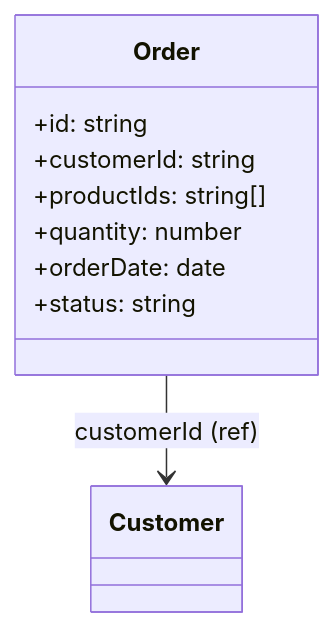
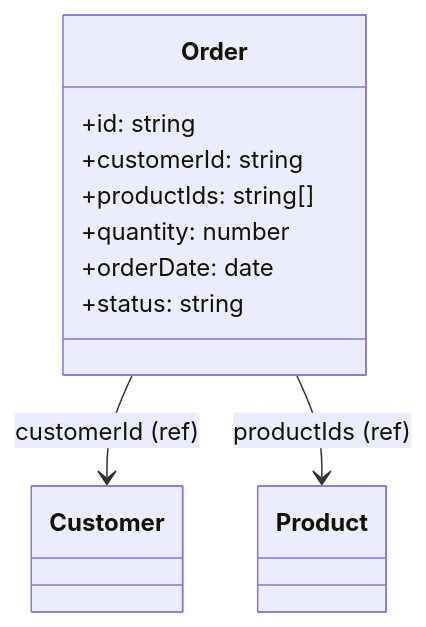
Diagram 15 of 16 in examples/mermaid-examples.md (kothar/zod-mermaid), drawn with Mermaid before and after one commit. The commit also changed other lines of this file and 7 other files, not shown here.

First line of the commit message:
Refactor: Enhance Mermaid examples and schema definitions

````diff
--- a/examples/mermaid-examples.md
+++ b/examples/mermaid-examples.md
@@ -365,14 +366,17 @@
 ```mermaid
 classDiagram
     class Order {
         +id: string
         +customerId: string
         +productIds: string[]
         +quantity: number
         +orderDate: date
         +status: string
     }
     class Customer {
     }
+    class Product {
+    }
     Order --> Customer : customerId (ref)
+    Order --> Product : productIds (ref)
 ```
````
